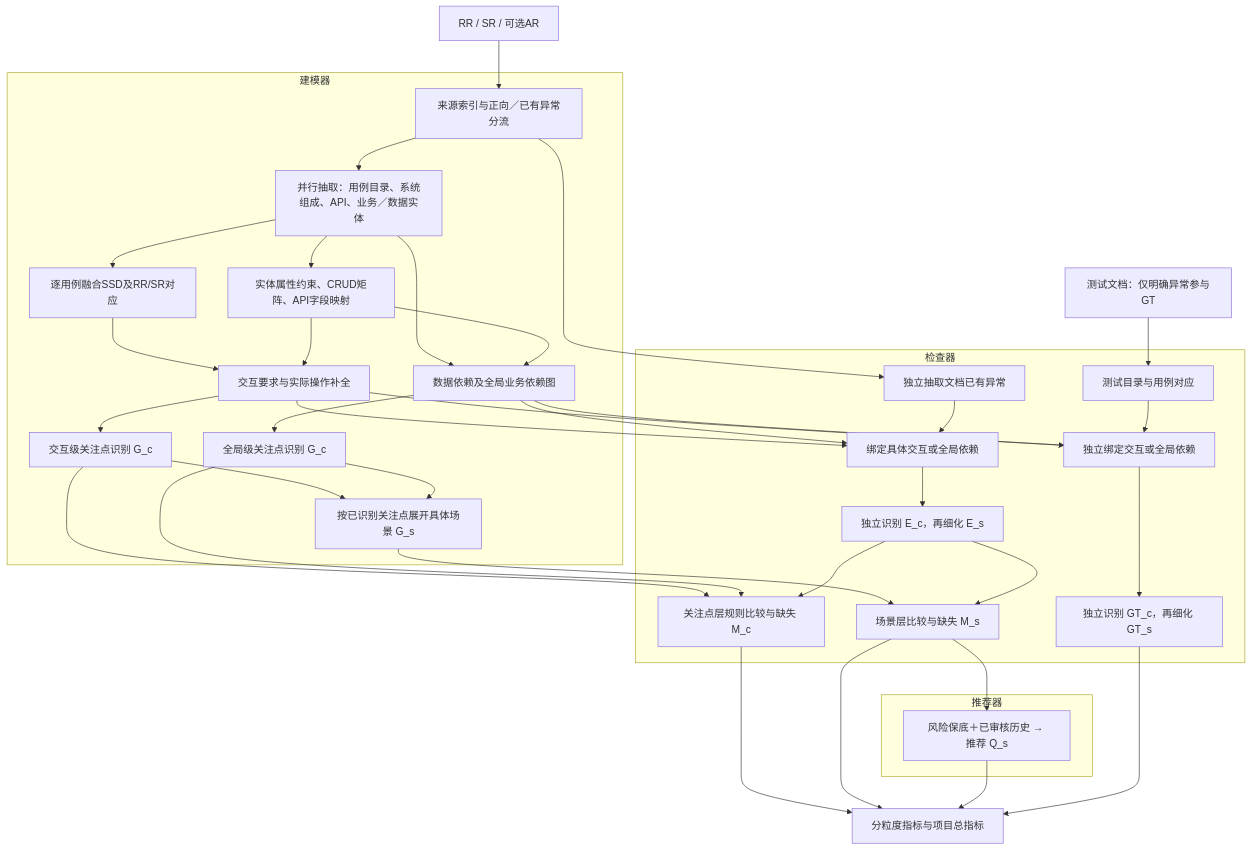
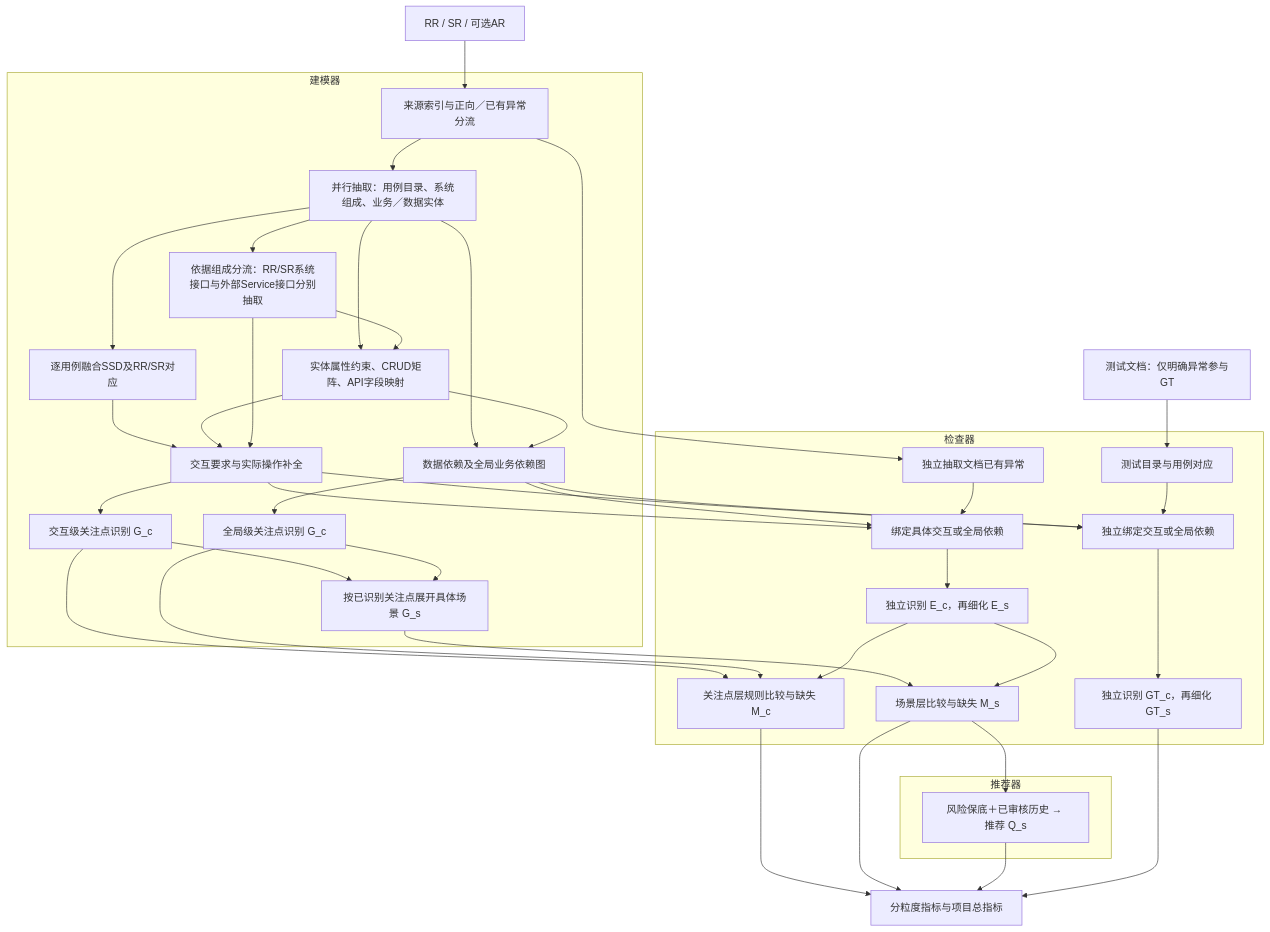
The diagram in README.md (Yangkailiang1/Scene_Completion), drawn with Mermaid before and after one commit. The commit also changed other lines of this file and 37 other files, not shown here.

````diff
--- a/README.md
+++ b/README.md
@@ -43,45 +43,48 @@
 ```mermaid
 flowchart TB
     SRC["RR / SR / 可选AR"] --> IDX["来源索引与正向／已有异常分流"]
     TEST["测试文档：仅明确异常参与GT"] --> TI["测试目录与用例对应"]
 
     subgraph MODEL["建模器"]
-        IDX --> SHARED["并行抽取：用例目录、系统组成、API、业务／数据实体"]
+        IDX --> SHARED["并行抽取：用例目录、系统组成、业务／数据实体"]
+        SHARED --> API["依据组成分流：RR/SR系统接口与外部Service接口分别抽取"]
         SHARED --> SSD["逐用例融合SSD及RR/SR对应"]
         SHARED --> ENTITY["实体属性约束、CRUD矩阵、API字段映射"]
+        API --> ENTITY
         SSD --> LOCAL["交互要求与实际操作补全"]
         ENTITY --> LOCAL
+        API --> LOCAL
         SHARED --> DEP["数据依赖及全局业务依赖图"]
         ENTITY --> DEP
         LOCAL --> GC["交互级关注点识别 G_c"]
         DEP --> GGC["全局级关注点识别 G_c"]
         GC --> GS["按已识别关注点展开具体场景 G_s"]
         GGC --> GS
     end
 
     subgraph CHECK["检查器"]
         IDX --> EB["独立抽取文档已有异常"]
         EB --> EBIND["绑定具体交互或全局依赖"]
         TI --> TBIND["独立绑定交互或全局依赖"]
         LOCAL --> EBIND
         DEP --> EBIND
         LOCAL --> TBIND
         DEP --> TBIND
         EBIND --> E["独立识别 E_c，再细化 E_s"]
         TBIND --> GT["独立识别 GT_c，再细化 GT_s"]
         GC --> CC["关注点层规则比较与缺失 M_c"]
         GGC --> CC
         E --> CC
         GS --> SC["场景层比较与缺失 M_s"]
         E --> SC
     end
 
     subgraph REC["推荐器"]
         SC --> Q["风险保底＋已审核历史 → 推荐 Q_s"]
     end
 
     CC --> MET["分粒度指标与项目总指标"]
     SC --> MET
     Q --> MET
     GT --> MET
 ```
````
